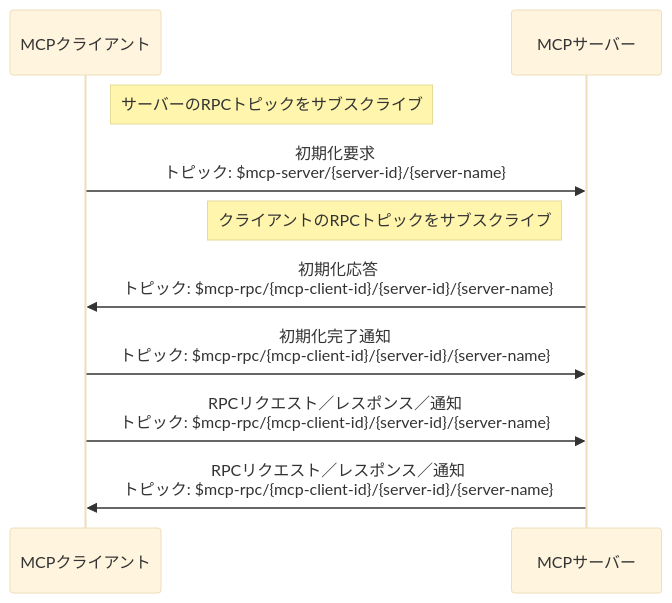
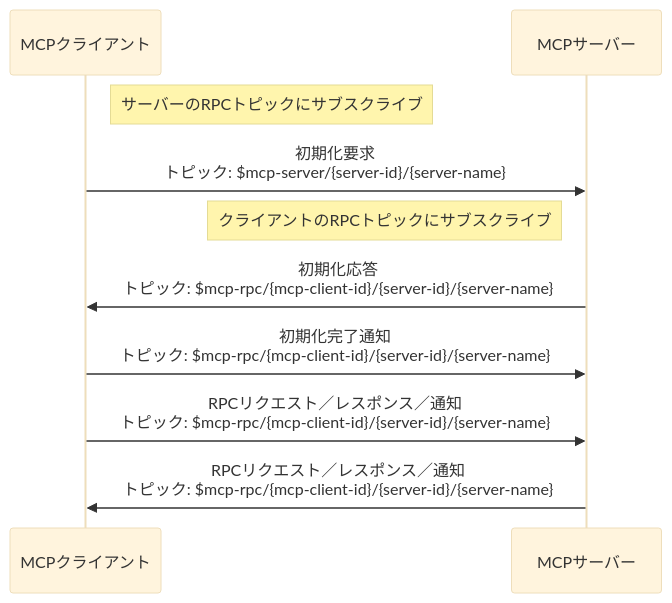
The second of 4 diagrams in ja_JP/develop/emqx-ai/mcp-over-mqtt/specification.md (emqx/emqx-docs), drawn with Mermaid (base theme) before and after one commit. The commit also changed other lines of this file and 378 other files, not shown here.

````diff
--- a/ja_JP/develop/emqx-ai/mcp-over-mqtt/specification.md
+++ b/ja_JP/develop/emqx-ai/mcp-over-mqtt/specification.md
@@ -239,13 +239,13 @@
 ```mermaid
 sequenceDiagram
   participant MCP_Client as MCPクライアント
   participant MCP_Server as MCPサーバー
 
-  Note right of MCP_Client: サーバーのRPCトピックをサブスクライブ
+  Note right of MCP_Client: サーバーのRPCトピックにサブスクライブ
   MCP_Client ->> MCP_Server: 初期化要求<br/>トピック: $mcp-server/{server-id}/{server-name}
-  Note left of MCP_Server: クライアントのRPCトピックをサブスクライブ
+  Note left of MCP_Server: クライアントのRPCトピックにサブスクライブ
   MCP_Server ->> MCP_Client: 初期化応答<br/>トピック: $mcp-rpc/{mcp-client-id}/{server-id}/{server-name}
   MCP_Client ->> MCP_Server: 初期化完了通知<br/>トピック: $mcp-rpc/{mcp-client-id}/{server-id}/{server-name}
   MCP_Client ->> MCP_Server: RPCリクエスト／レスポンス／通知<br/>トピック: $mcp-rpc/{mcp-client-id}/{server-id}/{server-name}
   MCP_Server ->> MCP_Client: RPCリクエスト／レスポンス／通知<br/>トピック: $mcp-rpc/{mcp-client-id}/{server-id}/{server-name}
 ```
````
